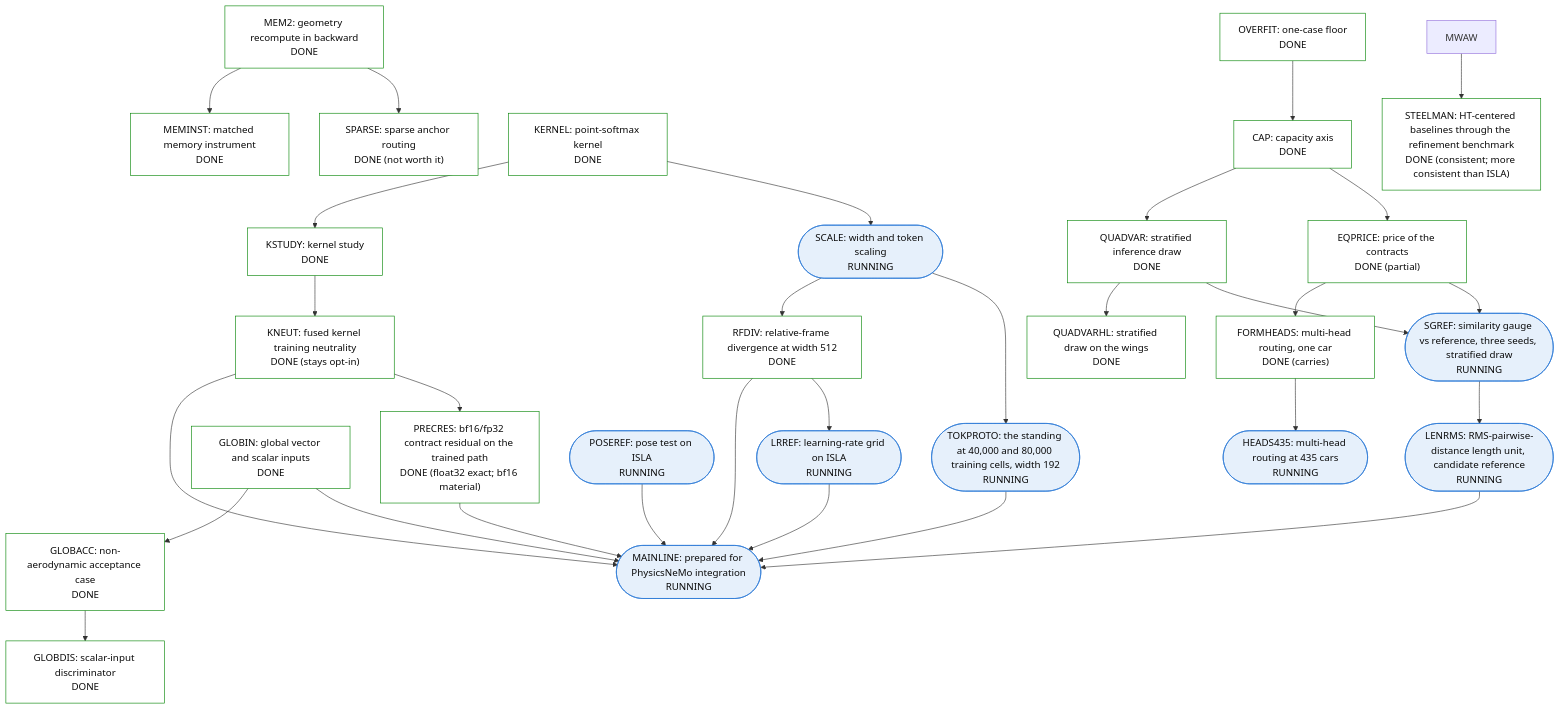
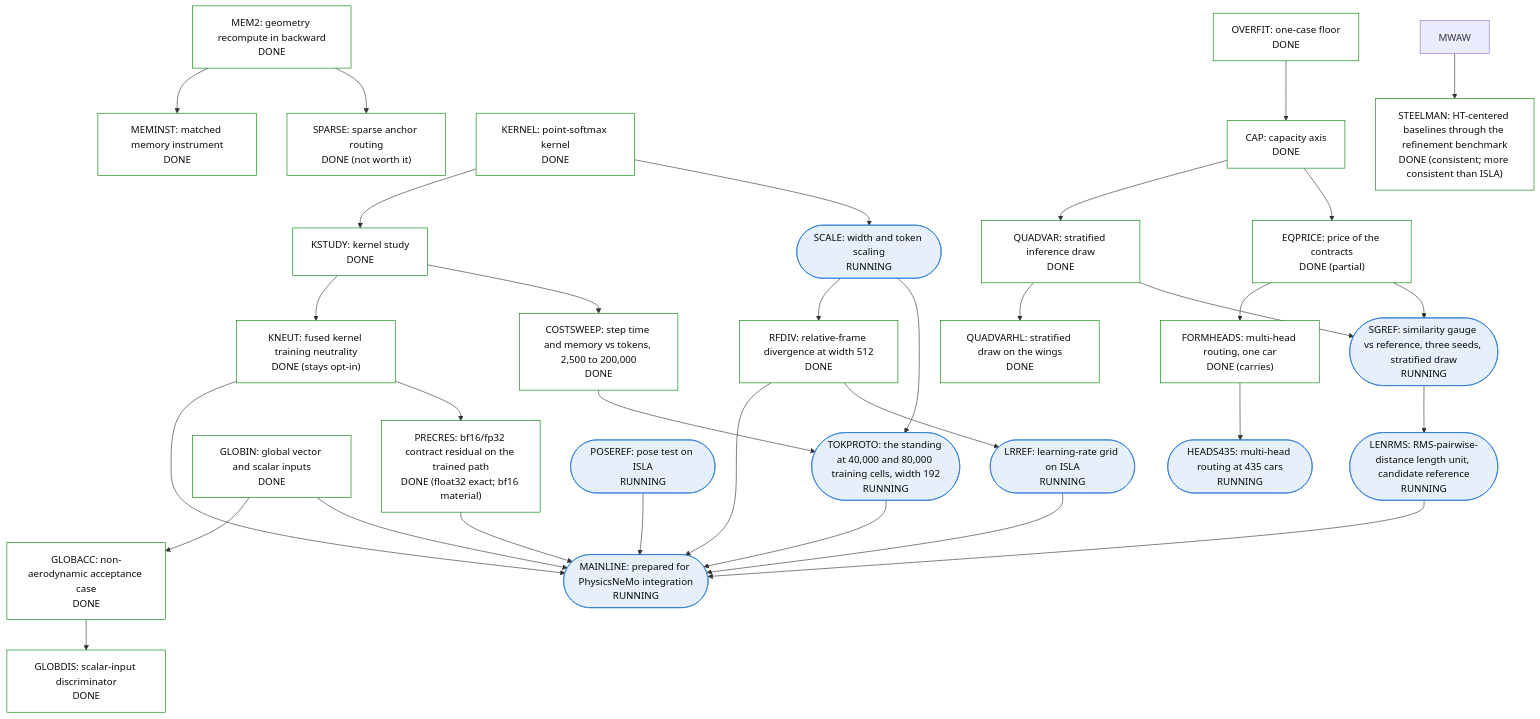
One commit to peterdsharpe/physicsnemo changed the fifth of 5 diagrams in examples/cfd/mesh_transformer/book/13-program-status.qmd. Above: the diagram before and after it, drawn with Mermaid. The commit also changed other lines of this file and 4 other files, not shown here.

````diff
--- a/examples/cfd/mesh_transformer/book/13-program-status.qmd
+++ b/examples/cfd/mesh_transformer/book/13-program-status.qmd
@@ -281,66 +281,69 @@
 ```{mermaid}
 %%| fig-cap: >
 %%|   Sub-tree 5: cost, scale, deficit anatomy and mainline. HEADS435 is the
 %%|   one node RUNNING with a bar that could change ISLA's
 %%|   configuration; MAINLINE is the productization node.
 flowchart TB
     classDef done fill:#ffffff,stroke:#008300,color:#0b0b0b
     classDef running fill:#e6f0fb,stroke:#2a78d6,color:#0b0b0b
     classDef planned fill:#ffffff,stroke:#898781,color:#0b0b0b,stroke-dasharray:4 3
     classDef stopped fill:#f4f3ee,stroke:#52514e,color:#0b0b0b
     MEM2["MEM2: geometry recompute in backward<br/>DONE"]:::done
     MEMINST["MEMINST: matched memory instrument<br/>DONE"]:::done
     SPARSE["SPARSE: sparse anchor routing<br/>DONE (not worth it)"]:::done
     KERNEL["KERNEL: point-softmax kernel<br/>DONE"]:::done
     KSTUDY["KSTUDY: kernel study<br/>DONE"]:::done
     KNEUT["KNEUT: fused kernel training neutrality<br/>DONE (stays opt-in)"]:::done
     SCALE(["SCALE: width and token scaling<br/>RUNNING"]):::running
     RFDIV["RFDIV: relative-frame divergence at width 512<br/>DONE"]:::done
     OVERFIT["OVERFIT: one-case floor<br/>DONE"]:::done
     CAP["CAP: capacity axis<br/>DONE"]:::done
     QUADVAR["QUADVAR: stratified inference draw<br/>DONE"]:::done
     QUADVARHL["QUADVARHL: stratified draw on the wings<br/>DONE"]:::done
     EQPRICE["EQPRICE: price of the contracts<br/>DONE (partial)"]:::done
     FORMHEADS["FORMHEADS: multi-head routing, one car<br/>DONE (carries)"]:::done
     HEADS435(["HEADS435: multi-head routing at 435 cars<br/>RUNNING"]):::running
     GLOBIN["GLOBIN: global vector and scalar inputs<br/>DONE"]:::done
     GLOBACC["GLOBACC: non-aerodynamic acceptance case<br/>DONE"]:::done
     GLOBDIS["GLOBDIS: scalar-input discriminator<br/>DONE"]:::done
     MAINLINE(["MAINLINE: prepared for PhysicsNeMo integration<br/>RUNNING"]):::running
     PRECRES["PRECRES: bf16/fp32 contract residual on the trained path<br/>DONE (float32 exact; bf16 material)"]:::done
     SGREF(["SGREF: similarity gauge vs reference, three seeds, stratified draw<br/>RUNNING"]):::running
     POSEREF(["POSEREF: pose test on ISLA<br/>RUNNING"]):::running
     LRREF(["LRREF: learning-rate grid on ISLA<br/>RUNNING"]):::running
     LENRMS(["LENRMS: RMS-pairwise-distance length unit, candidate reference<br/>RUNNING"]):::running
     STEELMAN["STEELMAN: HT-centered baselines through the refinement benchmark<br/>DONE (consistent; more consistent than ISLA)"]:::done
     TOKPROTO(["TOKPROTO: the standing at 40,000 and 80,000 training cells, width 192<br/>RUNNING"]):::running
+    COSTSWEEP["COSTSWEEP: step time and memory vs tokens, 2,500 to 200,000<br/>DONE"]:::done
     MEM2 --> MEMINST
     MEM2 --> SPARSE
     KERNEL --> KSTUDY
     KSTUDY --> KNEUT
     KERNEL --> SCALE
     SCALE --> RFDIV
     OVERFIT --> CAP
     CAP --> QUADVAR
     QUADVAR --> QUADVARHL
     CAP --> EQPRICE
     EQPRICE --> FORMHEADS
     FORMHEADS --> HEADS435
     GLOBIN --> GLOBACC
     GLOBACC --> GLOBDIS
     GLOBIN --> MAINLINE
     RFDIV --> MAINLINE
     KNEUT --> MAINLINE
     KNEUT --> PRECRES
     PRECRES --> MAINLINE
     QUADVAR --> SGREF
     EQPRICE --> SGREF
     RFDIV --> LRREF
     POSEREF --> MAINLINE
     LRREF --> MAINLINE
     SGREF --> LENRMS
     LENRMS --> MAINLINE
     MWAW --> STEELMAN
     SCALE --> TOKPROTO
     TOKPROTO --> MAINLINE
+    KSTUDY --> COSTSWEEP
+    COSTSWEEP --> TOKPROTO
 ```
````
